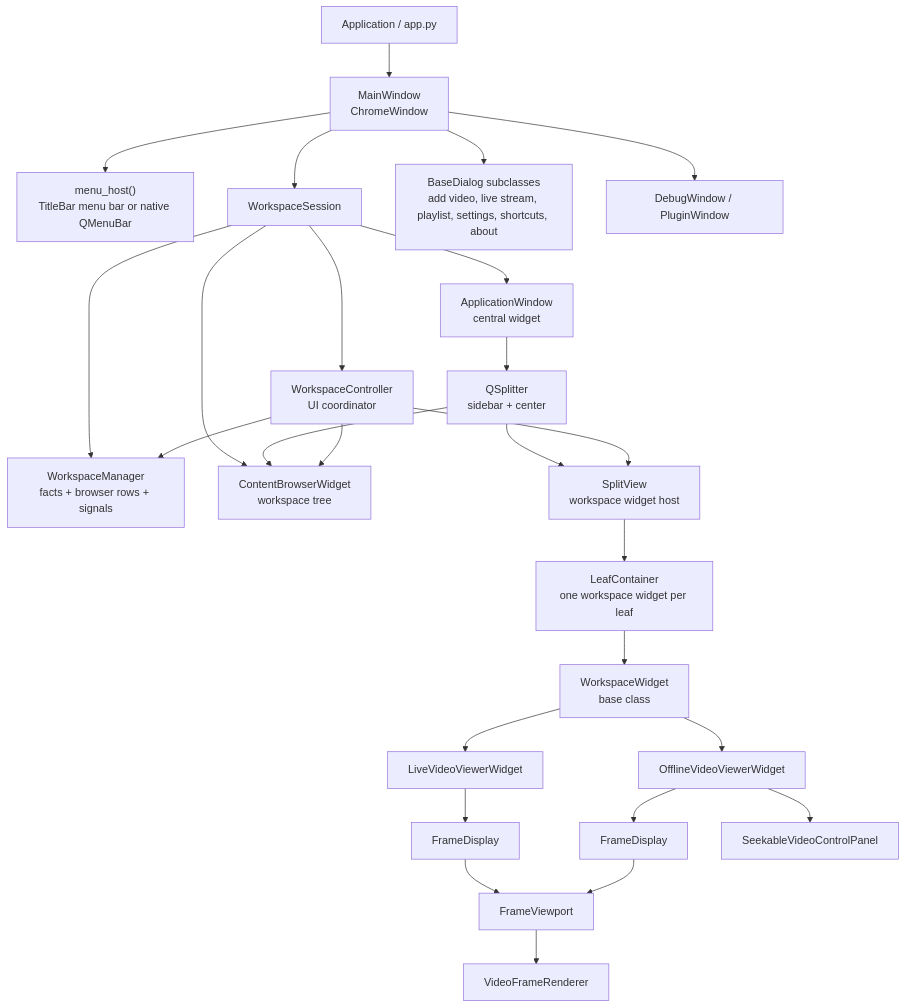
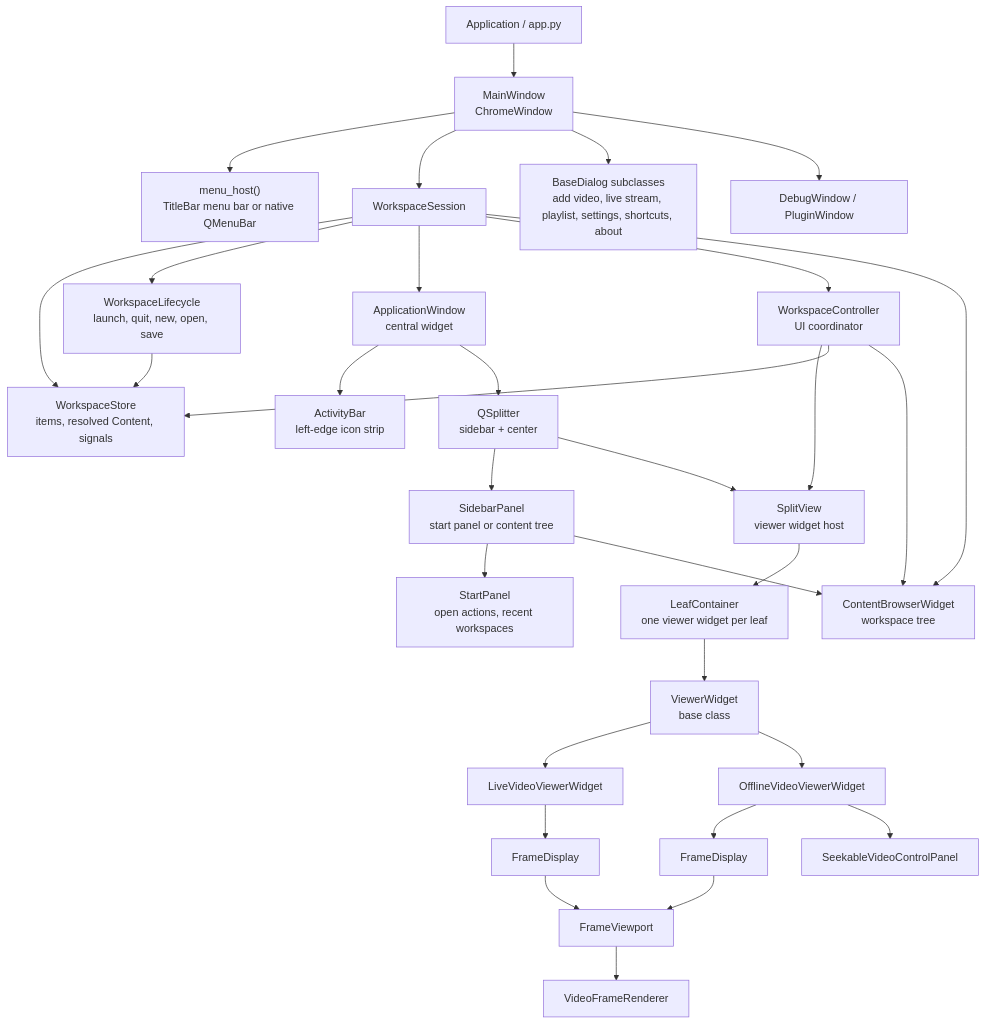
Before and after one commit to RasmusRynell/ax-devil: the first of 3 diagrams in docs/architecture/ui-framework.md, drawn with Mermaid. The commit also changed other lines of this file and 176 other files, not shown here.

First line of the commit message:
feat(workspace): save and restore workspaces with grouped sidebar

````diff
--- a/docs/architecture/ui-framework.md
+++ b/docs/architecture/ui-framework.md
@@ -7,33 +7,38 @@
 ```mermaid
 flowchart TD
     App["Application / app.py"] --> MainWindow["MainWindow<br/>ChromeWindow"]
     MainWindow --> MenuHost["menu_host()<br/>TitleBar menu bar or native QMenuBar"]
     MainWindow --> WorkspaceSession["WorkspaceSession"]
     MainWindow --> Dialogs["BaseDialog subclasses<br/>add video, live stream, playlist, settings, shortcuts, about"]
     MainWindow --> DebugWindows["DebugWindow / PluginWindow"]
 
-    WorkspaceSession --> WorkspaceManager["WorkspaceManager<br/>facts + browser rows + signals"]
+    WorkspaceSession --> WorkspaceStore["WorkspaceStore<br/>items, resolved Content, signals"]
+    WorkspaceSession --> WorkspaceLifecycle["WorkspaceLifecycle<br/>launch, quit, new, open, save"]
+    WorkspaceLifecycle --> WorkspaceStore
     WorkspaceSession --> ApplicationWindow["ApplicationWindow<br/>central widget"]
     WorkspaceSession --> WorkspaceController["WorkspaceController<br/>UI coordinator"]
     WorkspaceSession --> ContentBrowser["ContentBrowserWidget<br/>workspace tree"]
 
+    ApplicationWindow --> ActivityBar["ActivityBar<br/>left-edge icon strip"]
     ApplicationWindow --> HorizontalSplitter["QSplitter<br/>sidebar + center"]
-    HorizontalSplitter --> ContentBrowser
-    HorizontalSplitter --> SplitView["SplitView<br/>workspace widget host"]
+    HorizontalSplitter --> SidebarPanel["SidebarPanel<br/>start panel or content tree"]
+    SidebarPanel --> StartPanel["StartPanel<br/>open actions, recent workspaces"]
+    SidebarPanel --> ContentBrowser
+    HorizontalSplitter --> SplitView["SplitView<br/>viewer widget host"]
 
     WorkspaceController --> SplitView
-    WorkspaceController --> WorkspaceManager
+    WorkspaceController --> WorkspaceStore
     WorkspaceController --> ContentBrowser
 
-    SplitView --> LeafContainer["LeafContainer<br/>one workspace widget per leaf"]
-    LeafContainer --> WorkspaceWidget["WorkspaceWidget<br/>base class"]
-    WorkspaceWidget --> LiveViewer["LiveVideoViewerWidget"]
-    WorkspaceWidget --> OfflineViewer["OfflineVideoViewerWidget"]
+    SplitView --> LeafContainer["LeafContainer<br/>one viewer widget per leaf"]
+    LeafContainer --> ViewerWidget["ViewerWidget<br/>base class"]
+    ViewerWidget --> LiveViewer["LiveVideoViewerWidget"]
+    ViewerWidget --> OfflineViewer["OfflineVideoViewerWidget"]
 
     LiveViewer --> LiveDisplay["FrameDisplay"]
     OfflineViewer --> OfflineDisplay["FrameDisplay"]
     OfflineViewer --> SeekControls["SeekableVideoControlPanel"]
     LiveDisplay --> FrameViewport
     OfflineDisplay --> FrameViewport
     FrameViewport --> Renderer["VideoFrameRenderer"]
 ```
````
